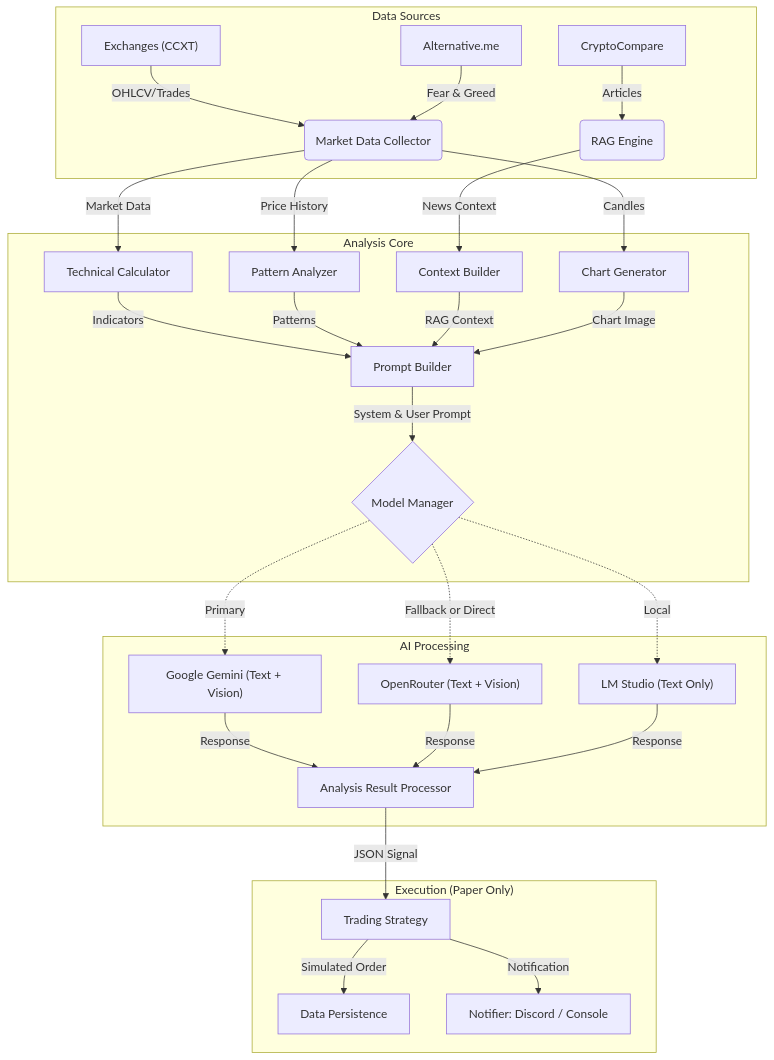
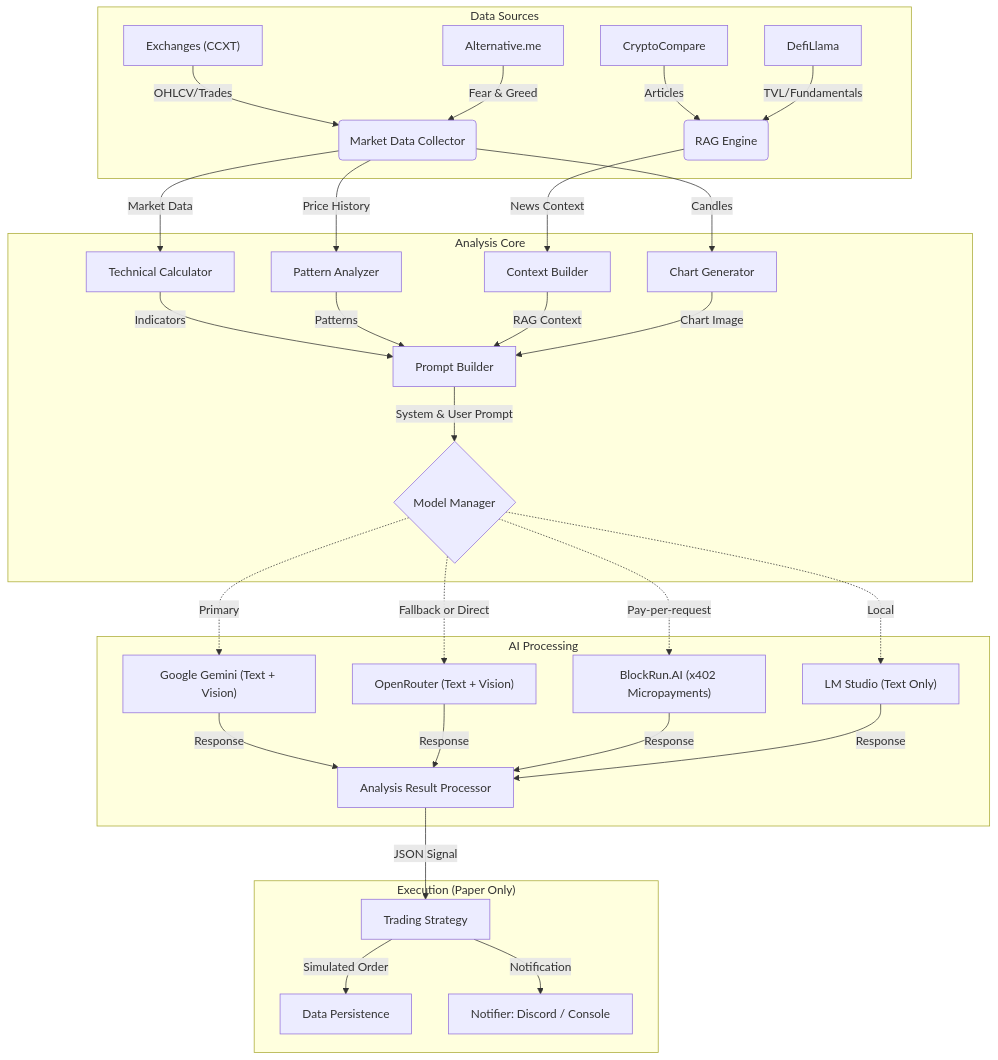
One commit to qrak/LLM_trader changed the diagram in README.md. Above: the diagram before and after it, drawn with Mermaid. The commit also changed other lines of this file and 89 other files, not shown here.

````diff
--- a/README.md
+++ b/README.md
@@ -22,41 +22,44 @@
 ```mermaid
 graph TD
     subgraph Data Sources
         Ex["Exchanges (CCXT)"] --> |OHLCV/Trades| DC(Market Data Collector)
         News[CryptoCompare] --> |Articles| RAG(RAG Engine)
         Sent[Alternative.me] --> |Fear & Greed| DC
+        DeFi[DefiLlama] --> |TVL/Fundamentals| RAG
     end
 
     subgraph Analysis Core
         DC --> |Market Data| TC[Technical Calculator]
         DC --> |Price History| PA[Pattern Analyzer]
         DC --> |Candles| CG[Chart Generator]
         
         RAG --> |News Context| CB[Context Builder]
         
         %% Orchestration / Assembly
         TC --> |Indicators| PB[Prompt Builder]
         PA --> |Patterns| PB
         CB --> |RAG Context| PB
         CG --> |Chart Image| PB
         
         PB --> |System & User Prompt| MM{Model Manager}
     end
 
     subgraph AI Processing
         %% Provider Selection Logic (Sequential / Fallback)
         MM -.-> |Primary| Google["Google Gemini (Text + Vision)"]
         MM -.-> |Fallback or Direct| OR["OpenRouter (Text + Vision)"]
+        MM -.-> |Pay-per-request| BR["BlockRun.AI (x402 Micropayments)"]
         MM -.-> |Local| Local["LM Studio (Text Only)"]
         
         Google --> |Response| ARP[Analysis Result Processor]
         OR --> |Response| ARP
+        BR --> |Response| ARP
         Local --> |Response| ARP
     end
 
     subgraph Execution ["Execution (Paper Only)"]
         ARP --> |JSON Signal| TS[Trading Strategy]
         TS --> |Simulated Order| DP[Data Persistence]
         TS --> |Notification| DN["Notifier: Discord / Console"]
     end
 ```
````
